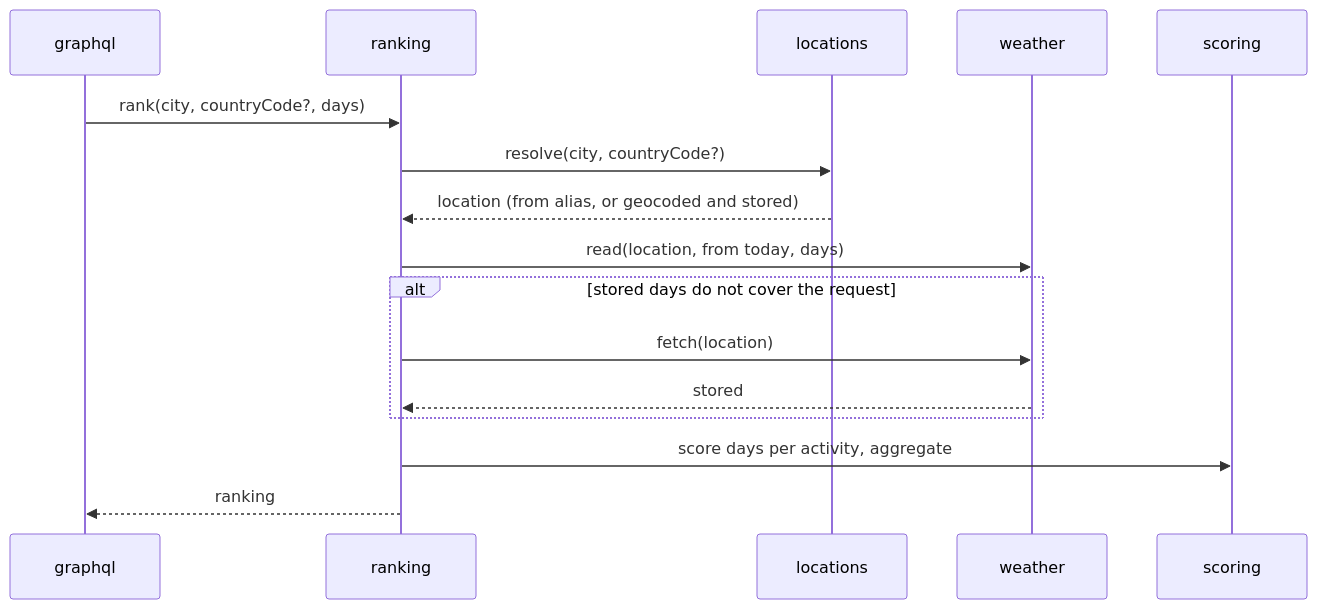
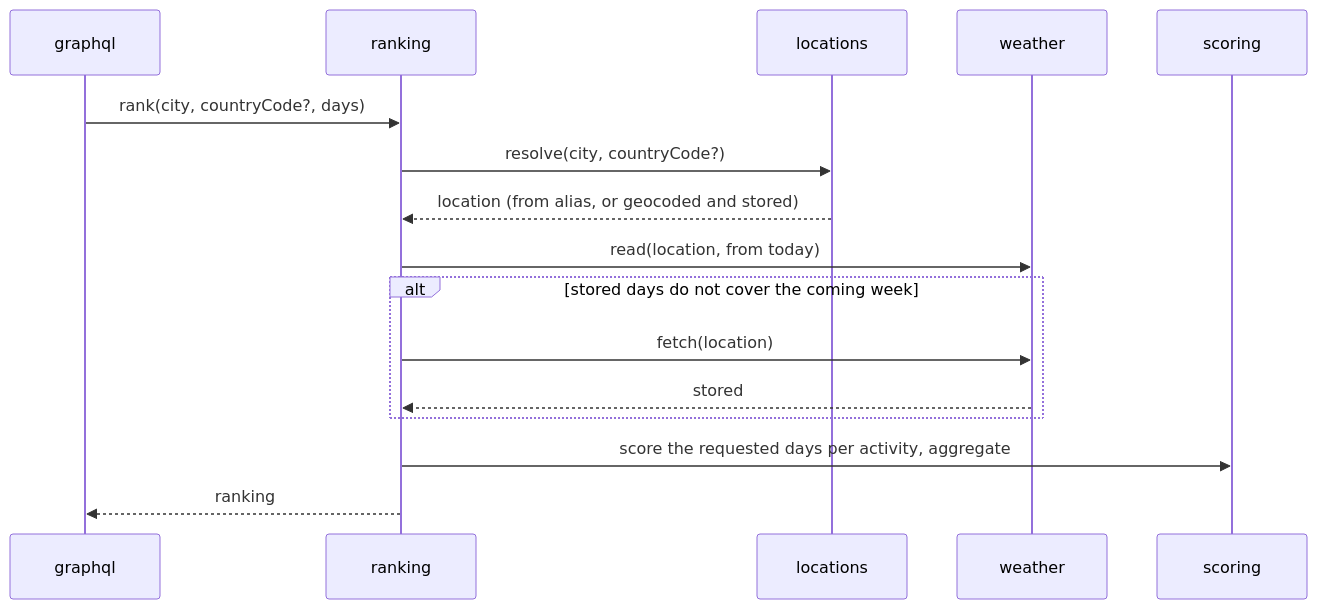
The diagram in docs/design/activity-ranking.md (vlgriga/collinson-group), drawn with Mermaid before and after one commit. The commit also changed other lines of this file and 3 other files, not shown here.

````diff
--- a/docs/design/activity-ranking.md
+++ b/docs/design/activity-ranking.md
@@ -30,18 +30,18 @@
 ```mermaid
 sequenceDiagram
     participant G as graphql
     participant R as ranking
     participant L as locations
     participant W as weather
     participant S as scoring
     G->>R: rank(city, countryCode?, days)
     R->>L: resolve(city, countryCode?)
     L-->>R: location (from alias, or geocoded and stored)
-    R->>W: read(location, from today, days)
-    alt stored days do not cover the request
+    R->>W: read(location, from today)
+    alt stored days do not cover the coming week
         R->>W: fetch(location)
         W-->>R: stored
     end
-    R->>S: score days per activity, aggregate
+    R->>S: score the requested days per activity, aggregate
     R-->>G: ranking
 ```
````
